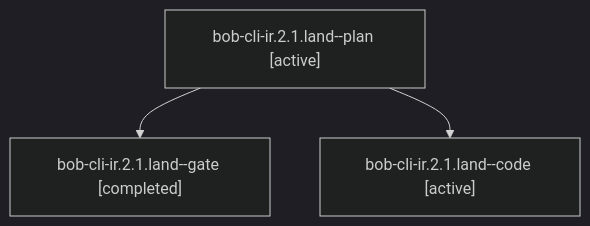
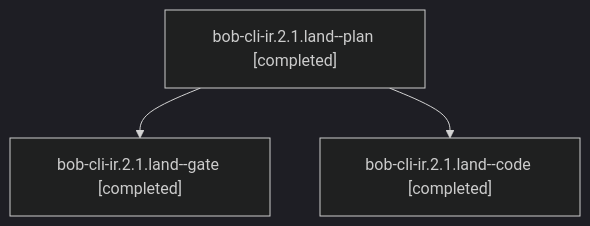
The diagram in sessions/bbugyi200.athena.bob-cli-ir.2.1.land.md (bobs-org/bob-cli--agents), drawn with Mermaid (dark theme) before and after one commit. The commit also changed other lines of this file and 33 other files, not shown here.

````diff
--- a/sessions/bbugyi200.athena.bob-cli-ir.2.1.land.md
+++ b/sessions/bbugyi200.athena.bob-cli-ir.2.1.land.md
@@ -9,8 +9,8 @@
 ```mermaid
 flowchart TD
-  n0["bob-cli-ir.2.1.land--plan [active]"]
+  n0["bob-cli-ir.2.1.land--plan [completed]"]
   n1["bob-cli-ir.2.1.land--gate [completed]"]
   n0 --> n1
-  n2["bob-cli-ir.2.1.land--code [active]"]
+  n2["bob-cli-ir.2.1.land--code [completed]"]
   n0 --> n2
 ```
````
